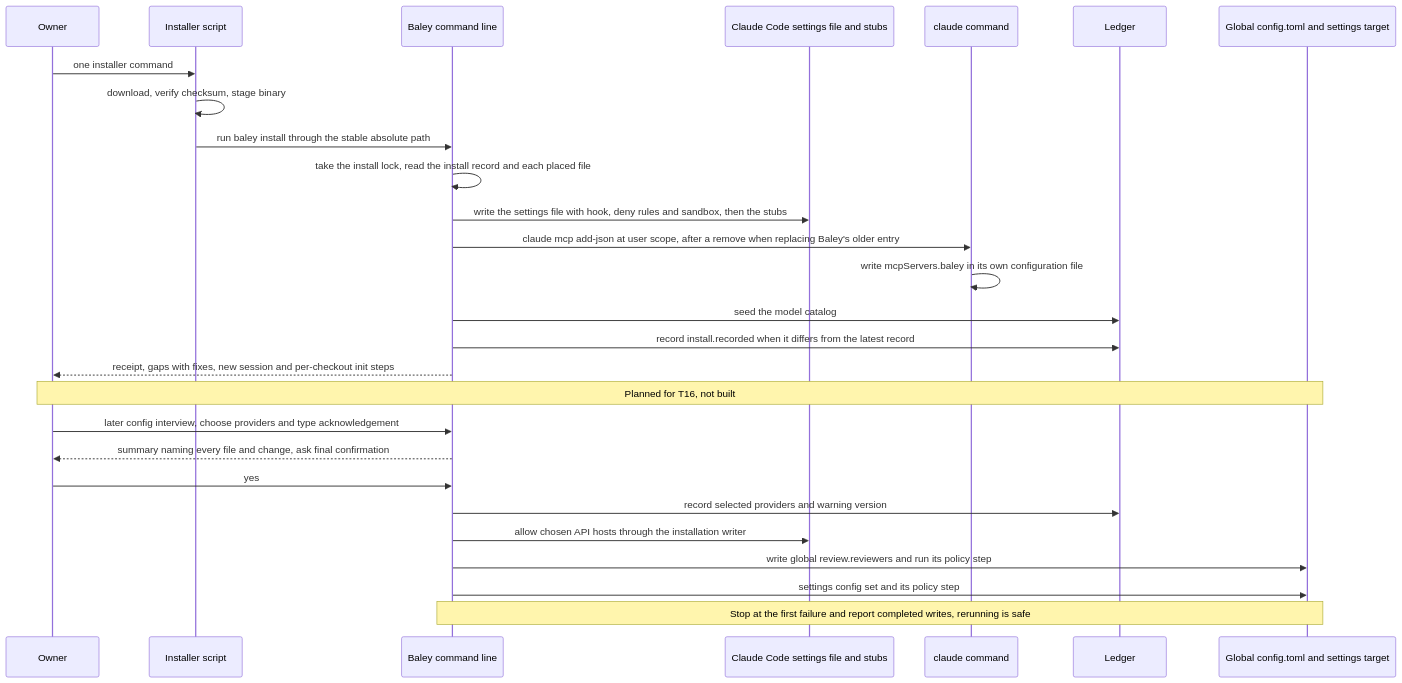
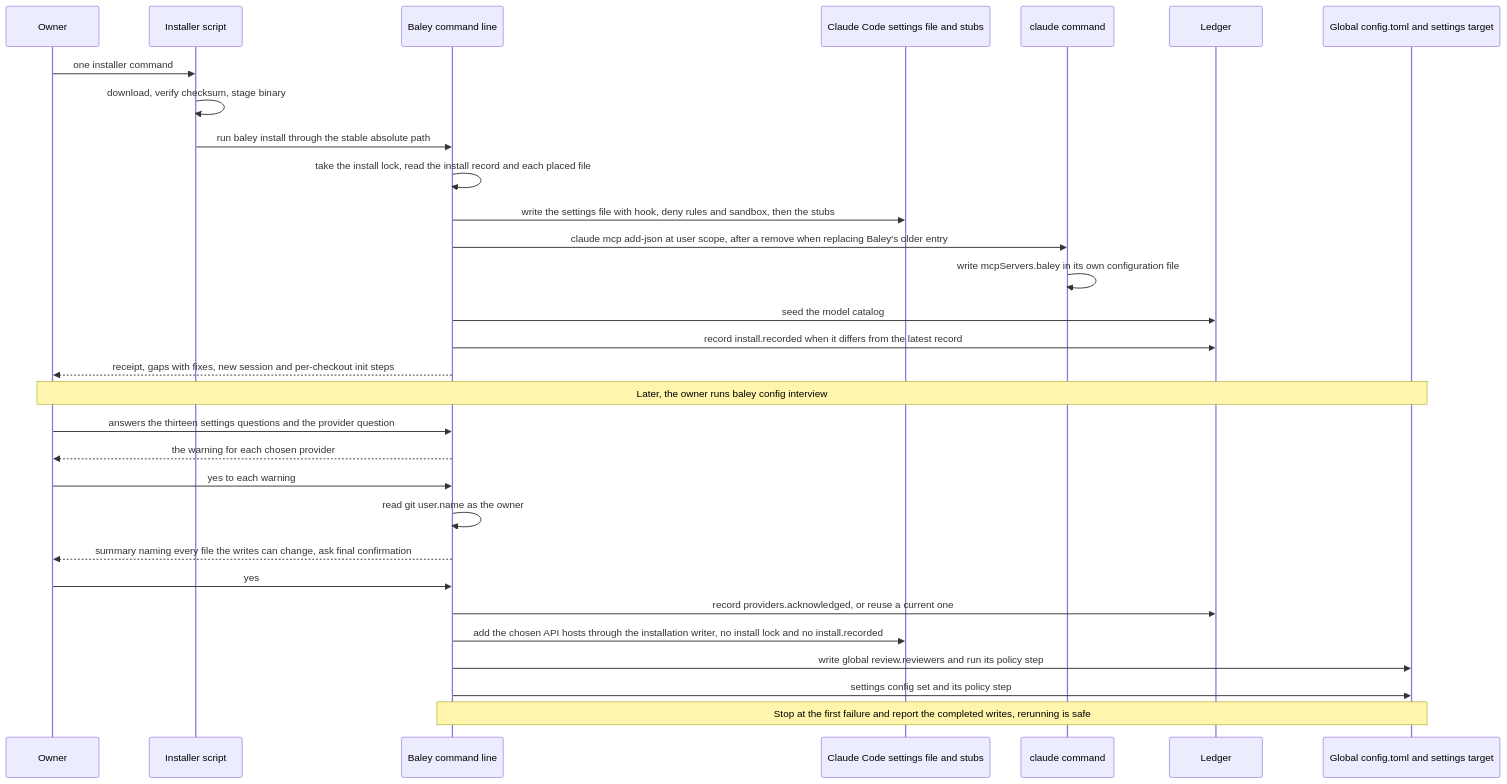
Before and after one commit to crenshawdev/baley: the seventh of 8 diagrams in docs/design/0012-host-interface.md, drawn with Mermaid. The commit also changed other lines of this file, not shown here.

First line of the commit message:
docs(design): describe the interview's provider setup in design 0012 as built

````diff
--- a/docs/design/0012-host-interface.md
+++ b/docs/design/0012-host-interface.md
@@ -570,29 +572,32 @@
 ```mermaid
 sequenceDiagram
   participant O as Owner
   participant I as Installer script
   participant B as Baley command line
   participant HC as Claude Code settings file and stubs
   participant CC as claude command
   participant L as Ledger
   participant C as Global config.toml and settings target
   O->>I: one installer command
   I->>I: download, verify checksum, stage binary
   I->>B: run baley install through the stable absolute path
   B->>B: take the install lock, read the install record and each placed file
   B->>HC: write the settings file with hook, deny rules and sandbox, then the stubs
   B->>CC: claude mcp add-json at user scope, after a remove when replacing Baley's older entry
   CC->>CC: write mcpServers.baley in its own configuration file
   B->>L: seed the model catalog
   B->>L: record install.recorded when it differs from the latest record
   B-->>O: receipt, gaps with fixes, new session and per-checkout init steps
-  Note over O,C: Planned for T16, not built
-  O->>B: later config interview, choose providers and type acknowledgement
-  B-->>O: summary naming every file and change, ask final confirmation
+  Note over O,C: Later, the owner runs baley config interview
+  O->>B: answers the thirteen settings questions and the provider question
+  B-->>O: the warning for each chosen provider
+  O->>B: yes to each warning
+  B->>B: read git user.name as the owner
+  B-->>O: summary naming every file the writes can change, ask final confirmation
   O->>B: yes
-  B->>L: record selected providers and warning version
-  B->>HC: allow chosen API hosts through the installation writer
+  B->>L: record providers.acknowledged, or reuse a current one
+  B->>HC: add the chosen API hosts through the installation writer, no install lock and no install.recorded
   B->>C: write global review.reviewers and run its policy step
   B->>C: settings config set and its policy step
-  Note over B,C: Stop at the first failure and report completed writes, rerunning is safe
+  Note over B,C: Stop at the first failure and report the completed writes, rerunning is safe
 ```
````
